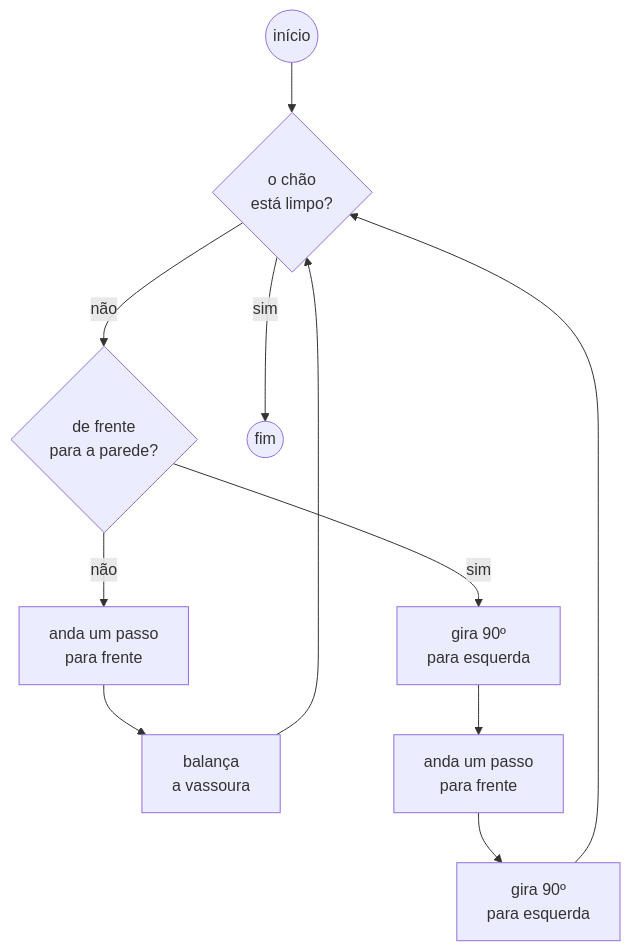
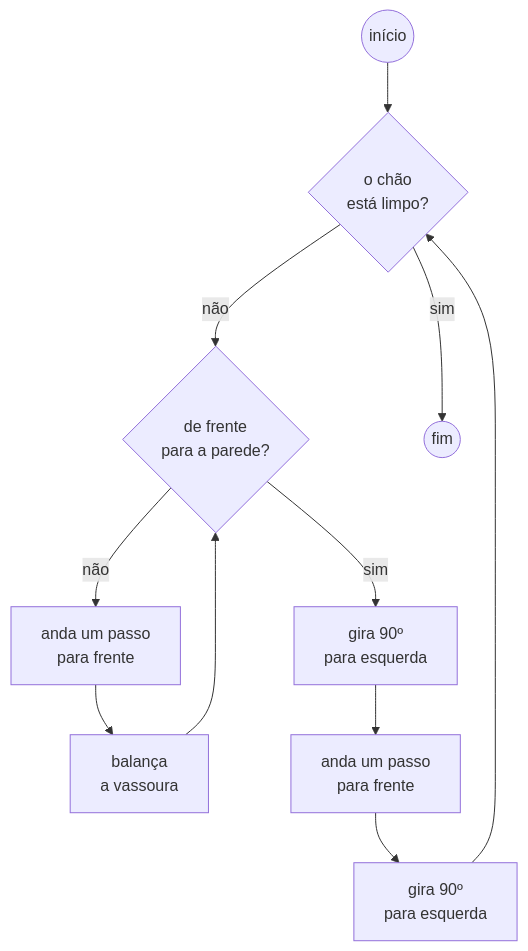
Before and after one commit to CTISM-Prof-Henry/algorithmsAndProgramming: the diagram in exercícios/pensamento_computacional_1.md, drawn with Mermaid.

Commit message:
small fix to flowchart

````diff
--- a/exercícios/pensamento_computacional_1.md
+++ b/exercícios/pensamento_computacional_1.md
@@ -76,18 +76,18 @@
 ```mermaid
 flowchart TD
     chao_limpo{"o chão\nestá limpo?"}
     parede{"de frente\npara a parede?"}
 
     balanca["balança\n a vassoura"]
     anda_1["anda um passo\npara frente"]
     anda_2["anda um passo\npara frente"]
     gira_1["gira 90º\npara esquerda"]
     gira_2["gira 90º\npara esquerda"]
     fim(("fim"))
     inicio(("início"))
 
     inicio --> chao_limpo -- "sim" --> fim
     chao_limpo -- "não" --> parede
     parede -- "sim" --> gira_1 --> anda_2 --> gira_2 --> chao_limpo
-    parede -- "não" --> anda_1 --> balanca --> chao_limpo
+    parede -- "não" --> anda_1 --> balanca --> parede
 ```
````
